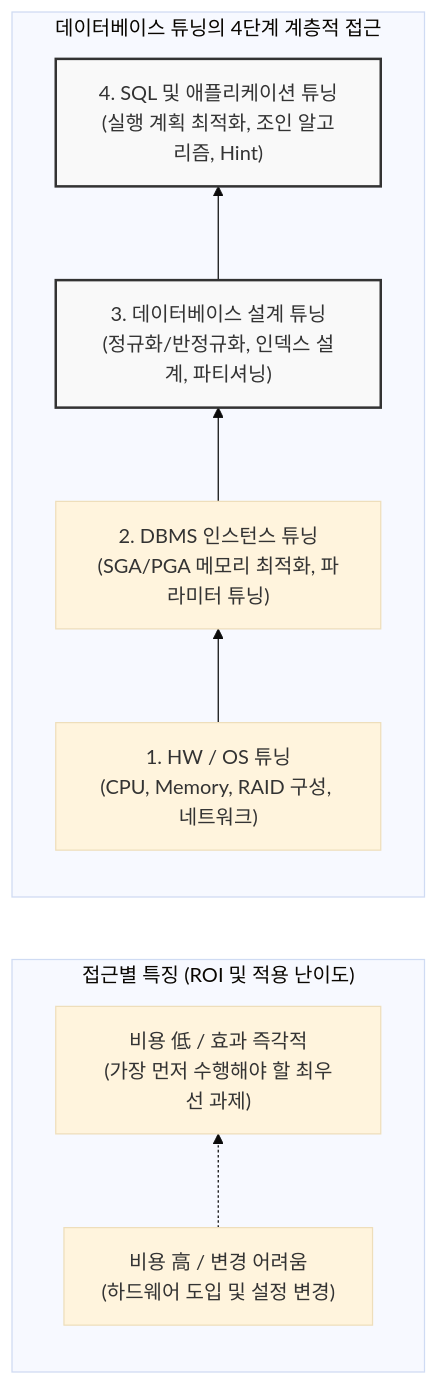
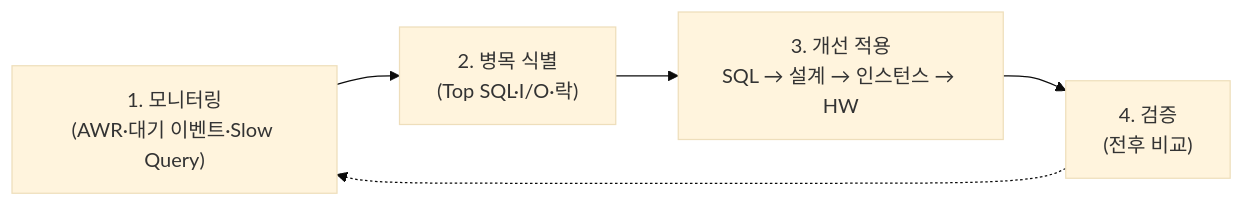
The diagram in content/01_IT Tech/DB 성능 개선 방안.md (supremethumb/supremethumb.github.io), drawn with Mermaid (base theme) before and after one commit. The commit also changed other lines of this file and 1087 other files, not shown here.

````diff
--- a/content/01_IT Tech/DB 성능 개선 방안.md
+++ b/content/01_IT Tech/DB 성능 개선 방안.md
@@ -31,27 +35,7 @@
 ```mermaid
-flowchart TD
-    subgraph Tuning_Hierarchy ["데이터베이스 튜닝의 4단계 계층적 접근"]
-        direction BT
-        
-        HW["1. HW / OS 튜닝<br/>(CPU, Memory, RAID 구성, 네트워크)"]
-        Instance["2. DBMS 인스턴스 튜닝<br/>(SGA/PGA 메모리 최적화, 파라미터 튜닝)"]
-        Design["3. 데이터베이스 설계 튜닝<br/>(정규화/반정규화, 인덱스 설계, 파티셔닝)"]
-        SQL["4. SQL 및 애플리케이션 튜닝<br/>(실행 계획 최적화, 조인 알고리즘, Hint)"]
-        
-        HW --> Instance --> Design --> SQL
-    end
-
-    subgraph Tuning_Characteristics ["접근별 특징 (ROI 및 적용 난이도)"]
-        direction BT
-        LowROI["비용 高 / 변경 어려움<br/>(하드웨어 도입 및 설정 변경)"]
-        HighROI["비용 低 / 효과 즉각적<br/>(가장 먼저 수행해야 할 최우선 과제)"]
-        
-        LowROI -.-> HighROI
-    end
-
-    Tuning_Hierarchy ~~~ Tuning_Characteristics
-    
-    classDef major fill:#f9f9f9,stroke:#333,stroke-width:2px;
-    class SQL,Design major;
-
+flowchart LR
+    M["1. 모니터링<br/>(AWR·대기 이벤트·Slow Query)"] --> B["2. 병목 식별<br/>(Top SQL·I/O·락)"]
+    B --> T["3. 개선 적용<br/>SQL → 설계 → 인스턴스 → HW"]
+    T --> V["4. 검증<br/>(전후 비교)"]
+    V -.-> M
 ```
````
